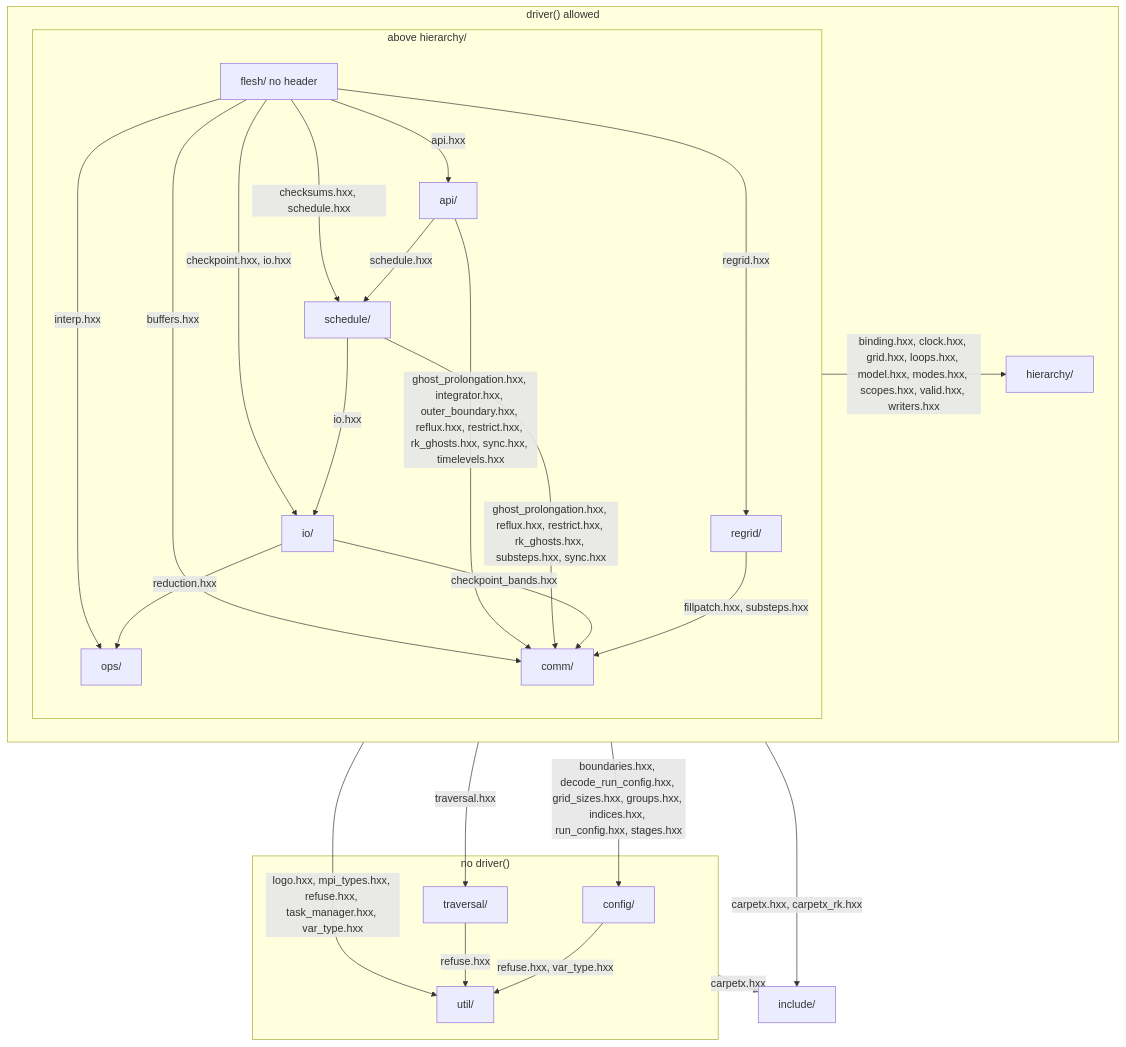
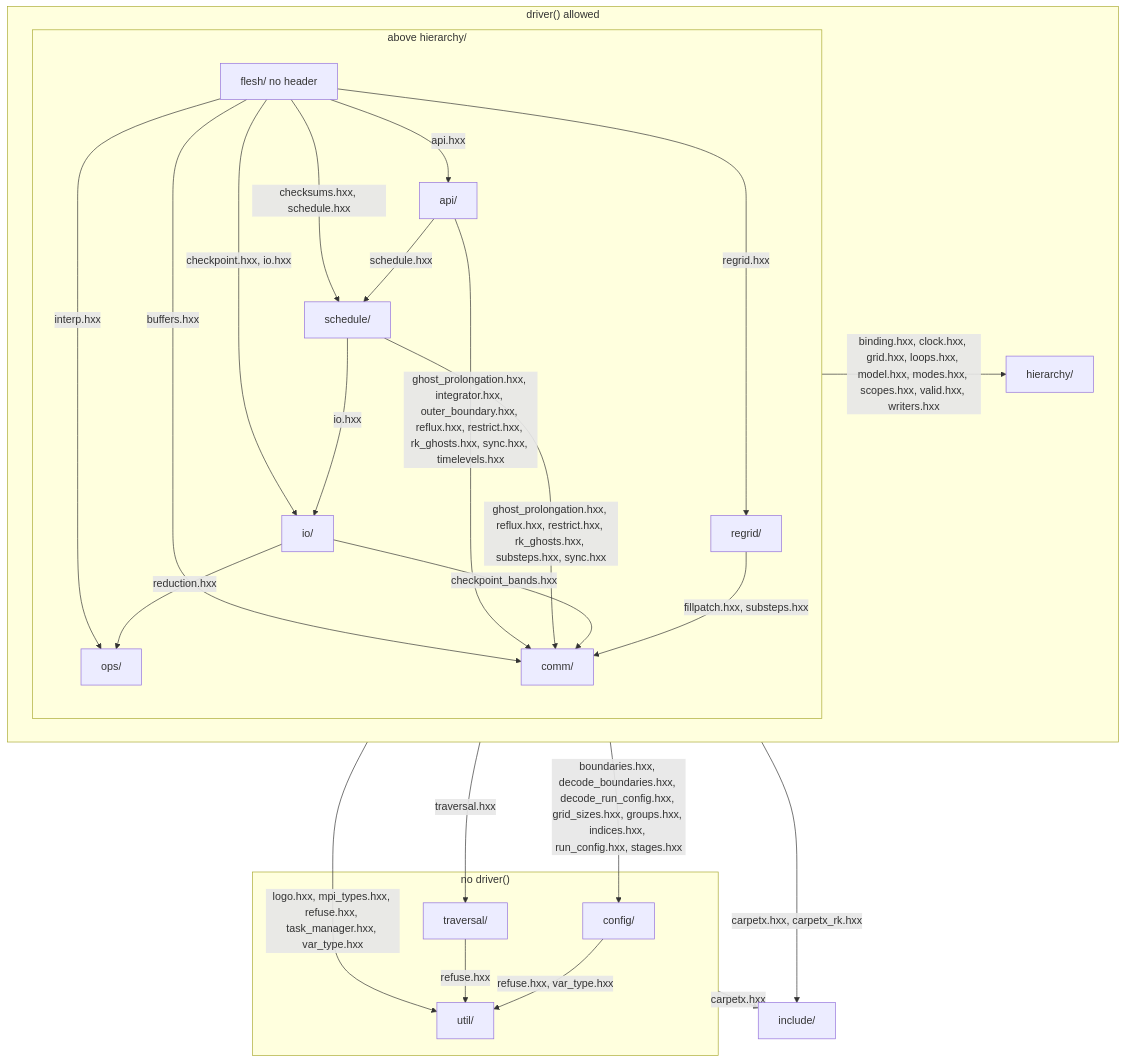
One commit to lwJi/CarpetX changed the first of 3 diagrams in agent_docs/carpetx-internals.md. Above: the diagram before and after it, drawn with Mermaid. The commit also changed other lines of this file and 19 other files, not shown here.

````diff
--- a/agent_docs/carpetx-internals.md
+++ b/agent_docs/carpetx-internals.md
@@ -7,42 +7,42 @@
 ```mermaid
 flowchart TB
   subgraph door["driver() allowed"]
     subgraph above["above hierarchy/"]
       flesh["flesh/ no header"]
       api["api/"]
       schedule["schedule/"]
       io["io/"]
       ops["ops/"]
       regrid["regrid/"]
       comm["comm/"]
     end
     hierarchy["hierarchy/"]
   end
   subgraph nodoor["no driver()"]
     config["config/"]
     traversal["traversal/"]
     util["util/"]
   end
   include["include/"]
   flesh -- "api.hxx" --> api
   flesh -- "checksums.hxx, schedule.hxx" --> schedule
   flesh -- "checkpoint.hxx, io.hxx" --> io
   flesh -- "interp.hxx" --> ops
   flesh -- "regrid.hxx" --> regrid
   flesh -- "buffers.hxx" --> comm
   api -- "schedule.hxx" --> schedule
   api -- "ghost_prolongation.hxx, integrator.hxx, outer_boundary.hxx, reflux.hxx, restrict.hxx, rk_ghosts.hxx, sync.hxx, timelevels.hxx" --> comm
   schedule -- "io.hxx" --> io
   schedule -- "ghost_prolongation.hxx, reflux.hxx, restrict.hxx, rk_ghosts.hxx, substeps.hxx, sync.hxx" --> comm
   io -- "reduction.hxx" --> ops
   io -- "checkpoint_bands.hxx" --> comm
   regrid -- "fillpatch.hxx, substeps.hxx" --> comm
   config -- "refuse.hxx, var_type.hxx" --> util
   traversal -- "refuse.hxx" --> util
   above -- "binding.hxx, clock.hxx, grid.hxx, loops.hxx, model.hxx, modes.hxx, scopes.hxx, valid.hxx, writers.hxx" --> hierarchy
-  door -- "boundaries.hxx, decode_run_config.hxx, grid_sizes.hxx, groups.hxx, indices.hxx, run_config.hxx, stages.hxx" --> config
+  door -- "boundaries.hxx, decode_boundaries.hxx, decode_run_config.hxx, grid_sizes.hxx, groups.hxx, indices.hxx, run_config.hxx, stages.hxx" --> config
   door -- "traversal.hxx" --> traversal
   door -- "logo.hxx, mpi_types.hxx, refuse.hxx, task_manager.hxx, var_type.hxx" --> util
   door -- "carpetx.hxx, carpetx_rk.hxx" --> include
   nodoor -- "carpetx.hxx" --> include
 ```
````
